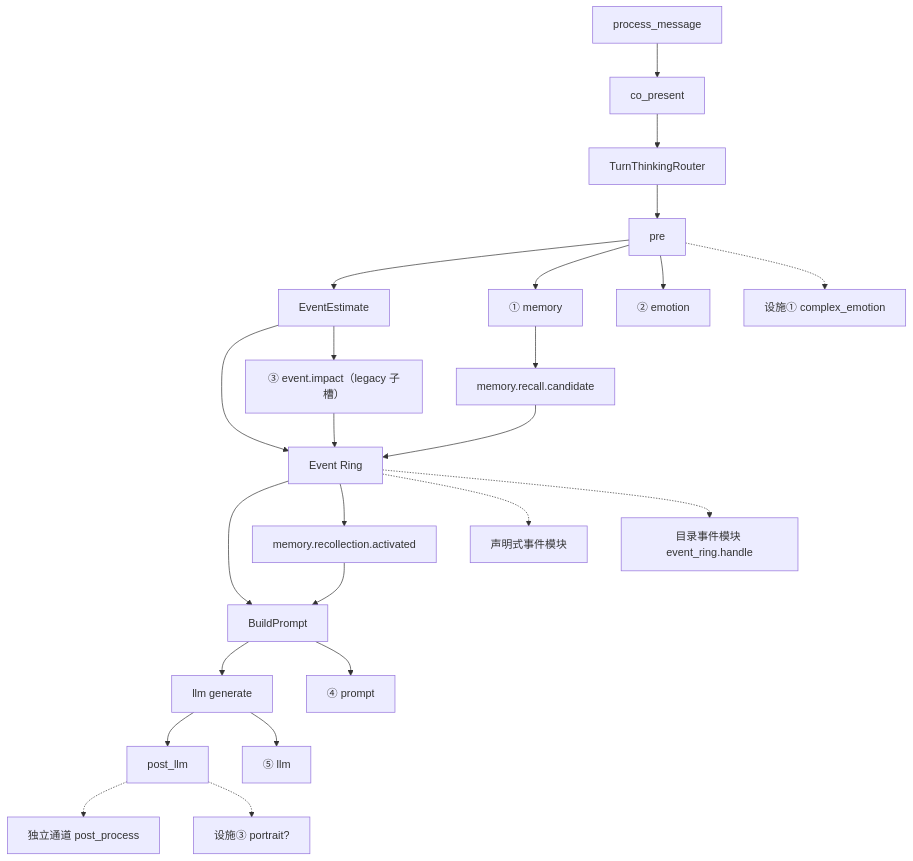
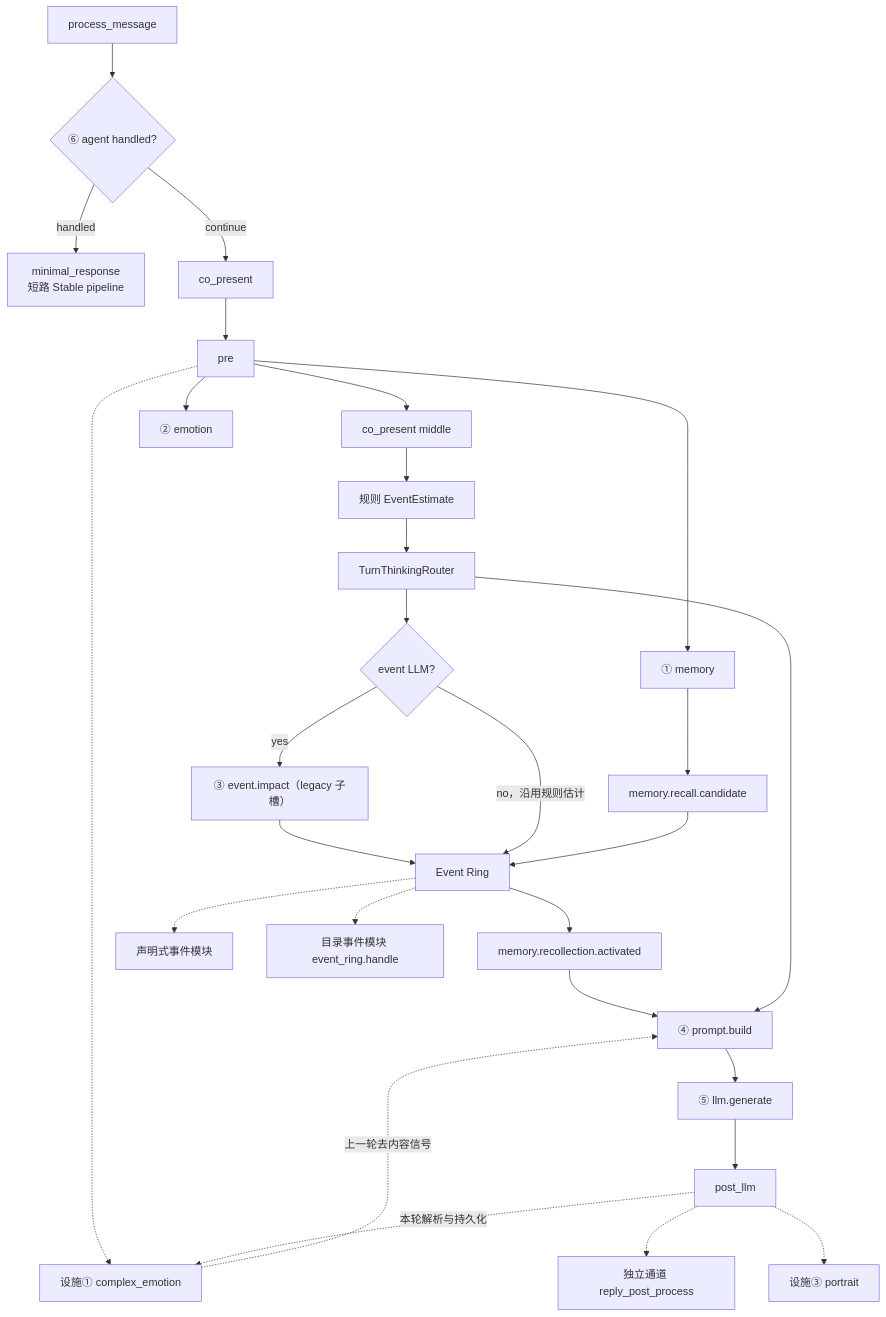
The diagram in handoff/MODULE_MAP_AND_HANDOFF.md (linkaiheng2233-cyber/oclivenewnew), drawn with Mermaid before and after one commit. The commit also changed other lines of this file and 231 other files, not shown here.

Commit message:
docs(architecture): align project around tool kernel

````diff
--- a/handoff/MODULE_MAP_AND_HANDOFF.md
+++ b/handoff/MODULE_MAP_AND_HANDOFF.md
@@ -363,27 +370,36 @@
 ```mermaid
 flowchart TB
   PM["process_message"]
+  AG{"⑥ agent handled?"}
+  MIN["minimal_response<br/>短路 Stable pipeline"]
   CO["co_present"]
+  PRE["pre"]
+  MID["co_present middle"]
+  RULE["规则 EventEstimate"]
   TT["TurnThinkingRouter"]
-  PRE["pre"]
-  EV["EventEstimate"]
+  USE{"event LLM?"}
   ER["Event Ring"]
   RC["memory.recall.candidate"]
   RA["memory.recollection.activated"]
-  BP["BuildPrompt"]
-  GEN["llm generate"]
   PST["post_llm"]
 
-  PM --> CO --> TT --> PRE --> EV --> ER --> BP --> GEN --> PST
+  PM --> AG
+  AG -->|handled| MIN
+  AG -->|continue| CO --> PRE --> MID
 
   PRE --> M1["① memory"] & M2["② emotion"]
-  M1 --> RC --> ER --> RA --> BP
-  EV --> M3["③ event.impact（legacy 子槽）"] --> ER
+  MID --> RULE --> TT
+  TT --> USE
+  USE -->|yes| M3["③ event.impact（legacy 子槽）"] --> ER
+  USE -->|no，沿用规则估计| ER
+  M1 --> RC --> ER --> RA --> M4
   ER -.-> EM["声明式事件模块"]
   ER -.-> DP["目录事件模块 event_ring.handle"]
-  BP --> M4["④ prompt"]
-  GEN --> M5["⑤ llm"]
+  TT --> M4["④ prompt.build"]
+  M4 --> M5["⑤ llm.generate"] --> PST
   PRE -.-> F1["设施① complex_emotion"]
-  PST -.-> SC["独立通道 post_process"]
-  PST -.-> F3["设施③ portrait?"]
+  F1 -.上一轮去内容信号.-> M4
+  PST -.本轮解析与持久化.-> F1
+  PST -.-> SC["独立通道 reply_post_process"]
+  PST -.-> F3["设施③ portrait"]
 ```
````
